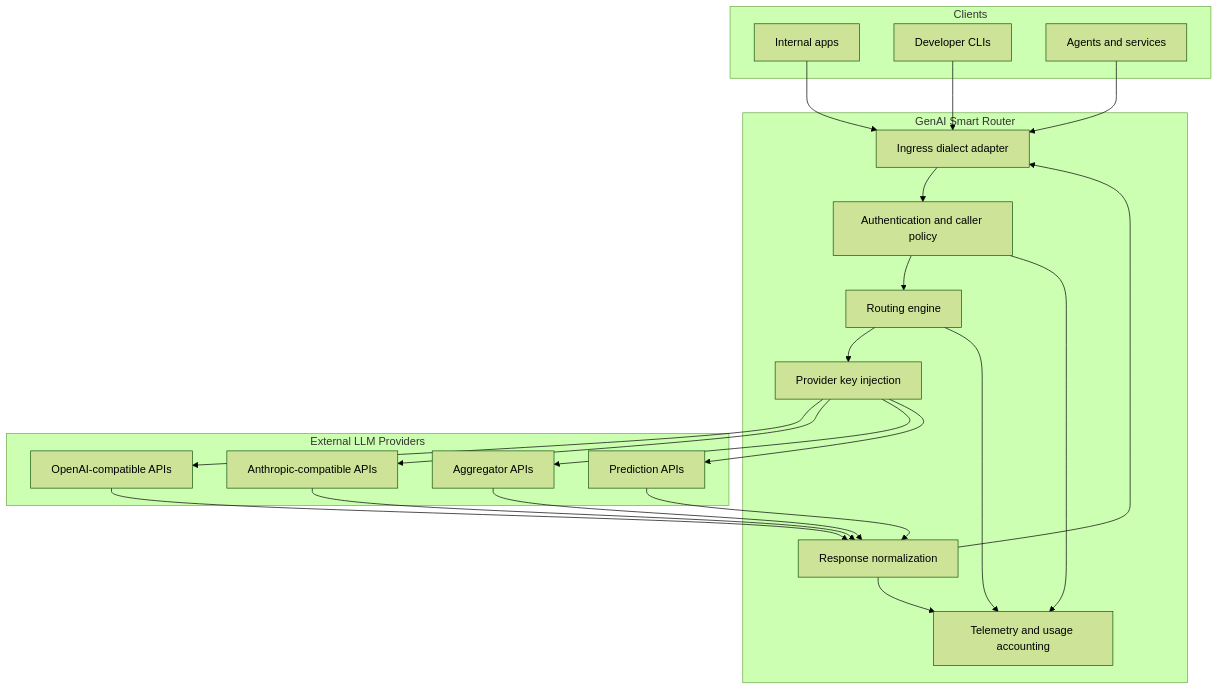
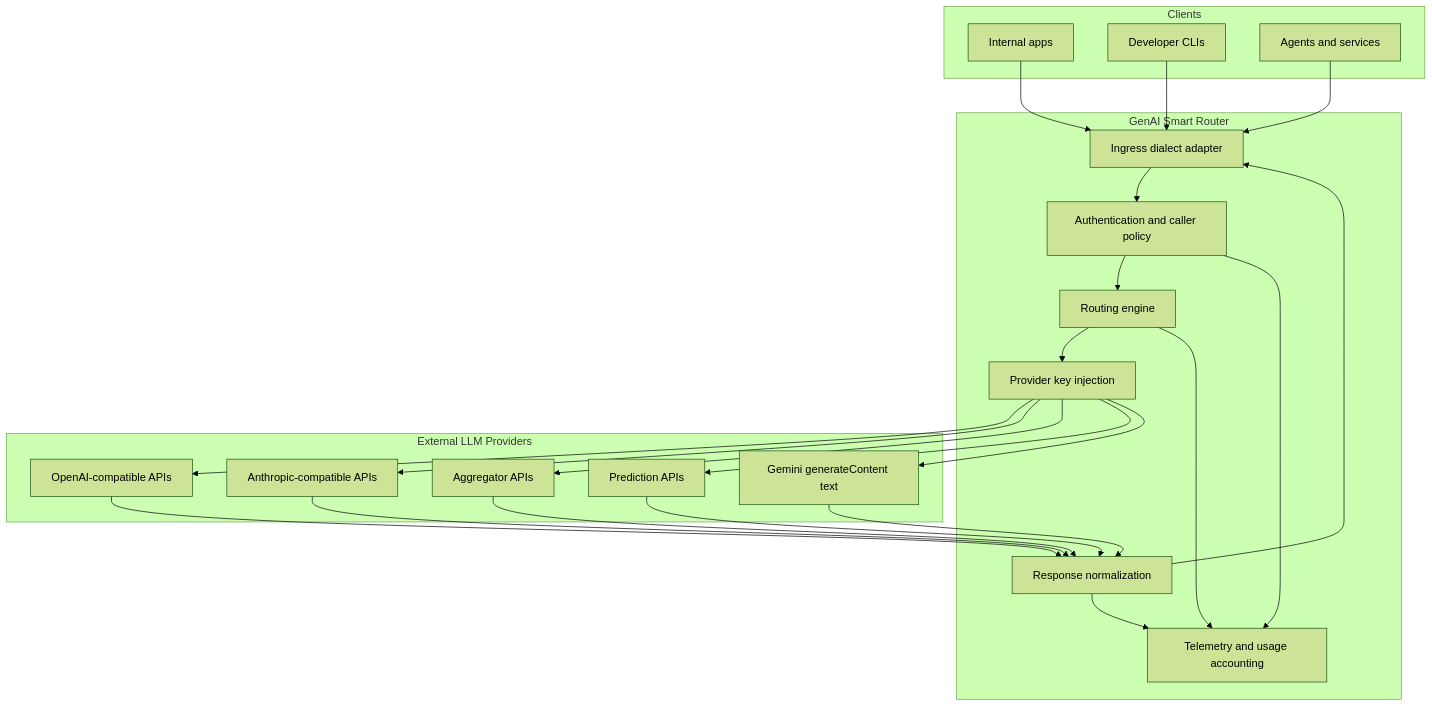
One commit to Metrum-AI-Products/genai-smart-router changed the second of 7 diagrams in docs/solution-brief.md. Above: the diagram before and after it, drawn with Mermaid (forest theme). The commit also changed other lines of this file and 49 other files, not shown here.

````diff
--- a/docs/solution-brief.md
+++ b/docs/solution-brief.md
@@ -77,41 +78,44 @@
 ```mermaid
 flowchart TB
   subgraph Clients
     C1[Internal apps]
     C2[Developer CLIs]
     C3[Agents and services]
   end
 
   subgraph Router[GenAI Smart Router]
     I[Ingress dialect adapter]
     A[Authentication and caller policy]
     R[Routing engine]
     K[Provider key injection]
     O[Response normalization]
     T[Telemetry and usage accounting]
   end
 
   subgraph Providers[External LLM Providers]
     OA[OpenAI-compatible APIs]
     AN[Anthropic-compatible APIs]
     OR[Aggregator APIs]
     RP[Prediction APIs]
+    GM[Gemini generateContent text]
   end
 
   C1 --> I
   C2 --> I
   C3 --> I
   I --> A --> R --> K
   K --> OA
   K --> AN
   K --> OR
   K --> RP
+  K --> GM
   OA --> O
   AN --> O
   OR --> O
   RP --> O
+  GM --> O
   O --> I
   A --> T
   R --> T
   O --> T
 ```
````
